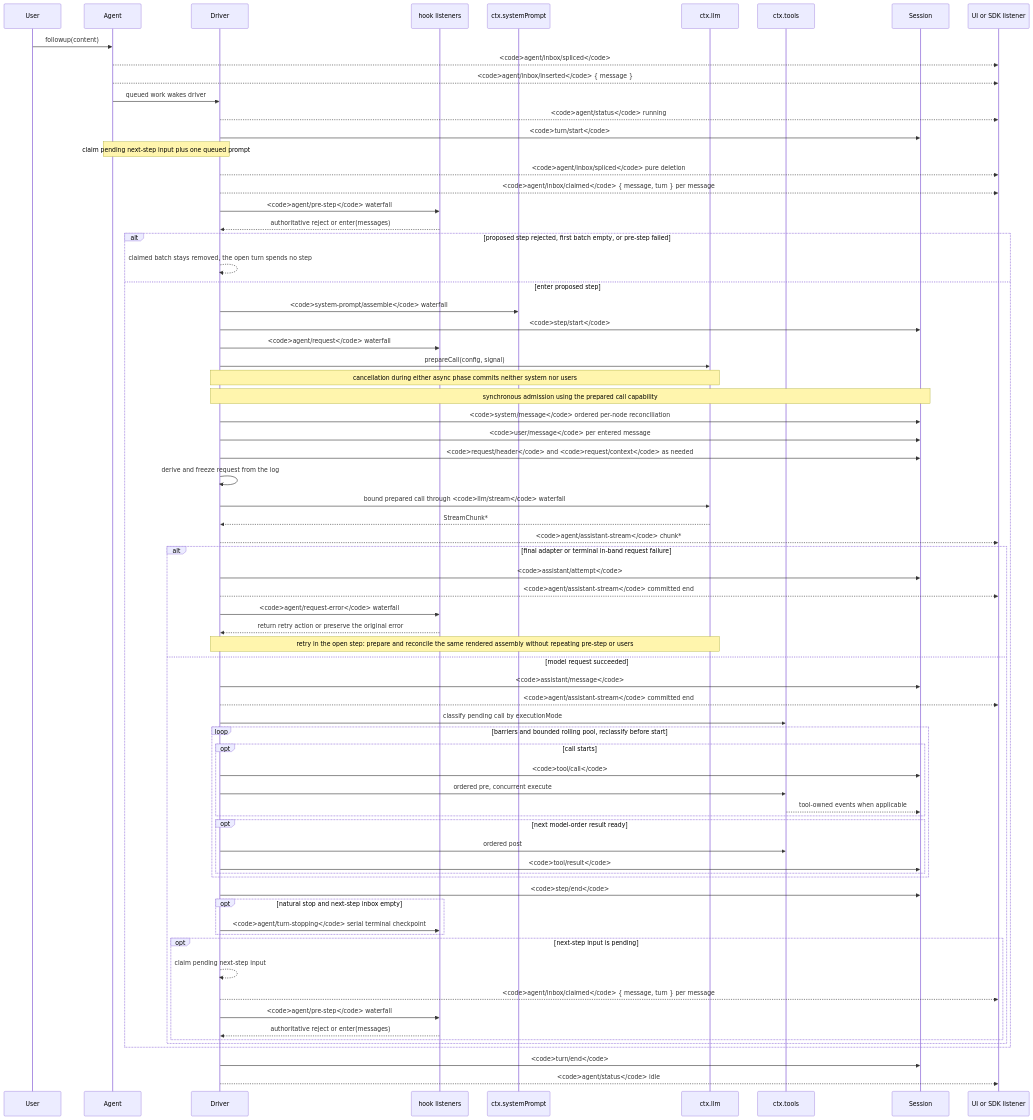
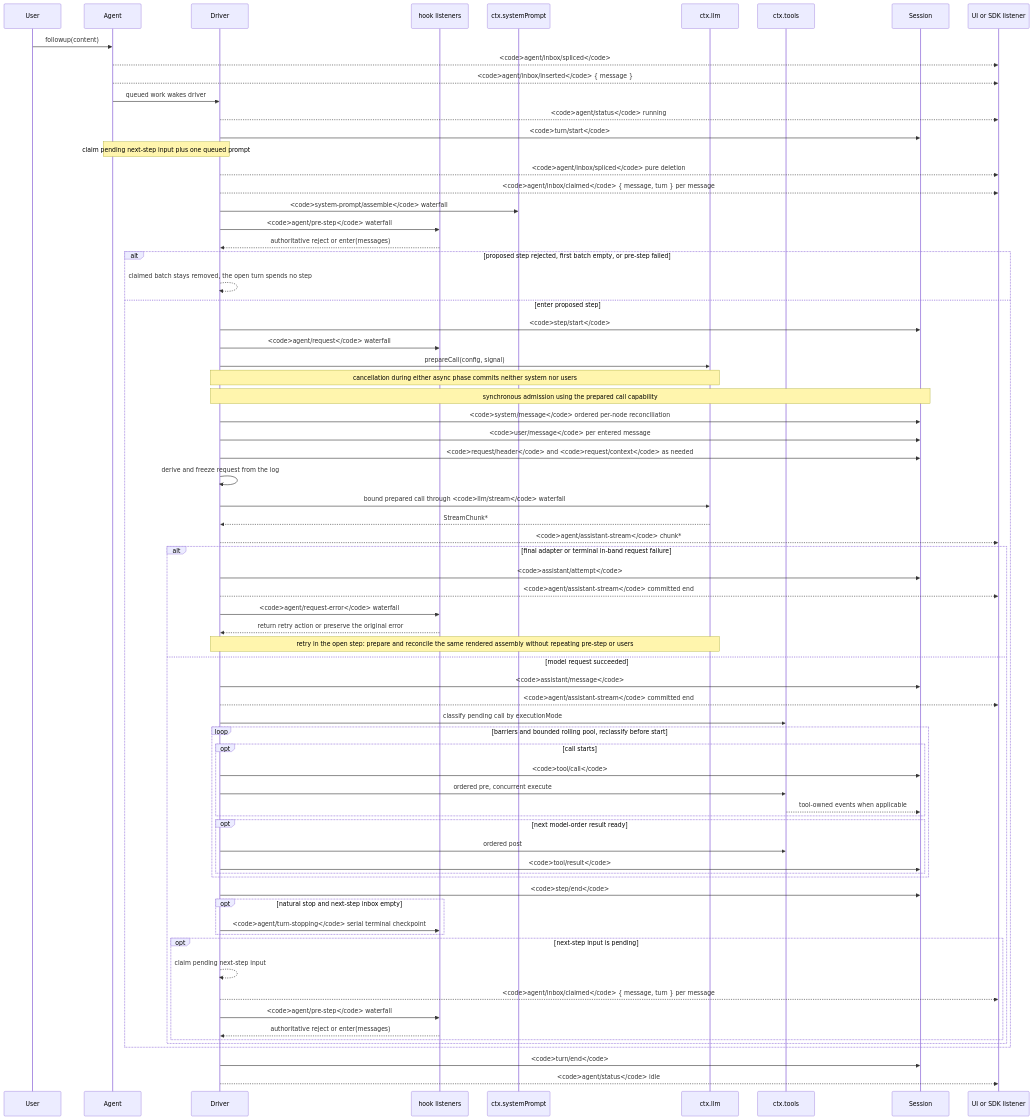
Before and after one commit to xgx1/deepseek-harness: the diagram in docs/agent-lifecycle.md, drawn with Mermaid. The commit also changed other lines of this file and 60 other files, not shown here.

````diff
--- a/docs/agent-lifecycle.md
+++ b/docs/agent-lifecycle.md
@@ -8,74 +8,74 @@
 ```mermaid
 sequenceDiagram
   participant User
   participant Agent
   participant Driver
   participant Hooks as hook listeners
   participant Prompt as ctx.systemPrompt
   participant LLM as ctx.llm
   participant Tools as ctx.tools
   participant Session
   participant SDK as UI or SDK listener
   User->>Agent: followup(content)
   Agent-->>SDK: <code>agent/inbox/spliced</code>
   Agent-->>SDK: <code>agent/inbox/inserted</code> { message }
   Agent->>Driver: queued work wakes driver
   Driver-->>SDK: <code>agent/status</code> running
   Driver->>Session: <code>turn/start</code>
   Note over Agent,Driver: claim pending next-step input plus one queued prompt
   Driver-->>SDK: <code>agent/inbox/spliced</code> pure deletion
   Driver-->>SDK: <code>agent/inbox/claimed</code> { message, turn } per message
+  Driver->>Prompt: <code>system-prompt/assemble</code> waterfall
   Driver->>Hooks: <code>agent/pre-step</code> waterfall
   Hooks-->>Driver: authoritative reject or enter(messages)
   alt proposed step rejected, first batch empty, or pre-step failed
     Driver-->>Driver: claimed batch stays removed, the open turn spends no step
   else enter proposed step
-  Driver->>Prompt: <code>system-prompt/assemble</code> waterfall
   Driver->>Session: <code>step/start</code>
   Driver->>Hooks: <code>agent/request</code> waterfall
   Driver->>LLM: prepareCall(config, signal)
   Note over Driver,LLM: cancellation during either async phase commits neither system nor users
   Note over Driver,Session: synchronous admission using the prepared call capability
   Driver->>Session: <code>system/message</code> ordered per-node reconciliation
   Driver->>Session: <code>user/message</code> per entered message
   Driver->>Session: <code>request/header</code> and <code>request/context</code> as needed
   Driver->>Driver: derive and freeze request from the log
   Driver->>LLM: bound prepared call through <code>llm/stream</code> waterfall
   LLM-->>Driver: StreamChunk*
   Driver-->>SDK: <code>agent/assistant-stream</code> chunk*
   alt final adapter or terminal in-band request failure
     Driver->>Session: <code>assistant/attempt</code>
     Driver-->>SDK: <code>agent/assistant-stream</code> committed end
     Driver->>Hooks: <code>agent/request-error</code> waterfall
     Hooks-->>Driver: return retry action or preserve the original error
     Note over Driver,LLM: retry in the open step: prepare and reconcile the same rendered assembly without repeating pre-step or users
   else model request succeeded
   Driver->>Session: <code>assistant/message</code>
   Driver-->>SDK: <code>agent/assistant-stream</code> committed end
   Driver->>Tools: classify pending call by executionMode
   loop barriers and bounded rolling pool, reclassify before start
     opt call starts
       Driver->>Session: <code>tool/call</code>
       Driver->>Tools: ordered pre, concurrent execute
       Tools-->>Session: tool-owned events when applicable
     end
     opt next model-order result ready
       Driver->>Tools: ordered post
       Driver->>Session: <code>tool/result</code>
     end
   end
   Driver->>Session: <code>step/end</code>
   opt natural stop and next-step inbox empty
     Driver->>Hooks: <code>agent/turn-stopping</code> serial terminal checkpoint
   end
   opt next-step input is pending
     Driver-->>Driver: claim pending next-step input
     Driver-->>SDK: <code>agent/inbox/claimed</code> { message, turn } per message
     Driver->>Hooks: <code>agent/pre-step</code> waterfall
     Hooks-->>Driver: authoritative reject or enter(messages)
   end
   end
   end
   Driver->>Session: <code>turn/end</code>
   Driver-->>SDK: <code>agent/status</code> idle
 ```
````
